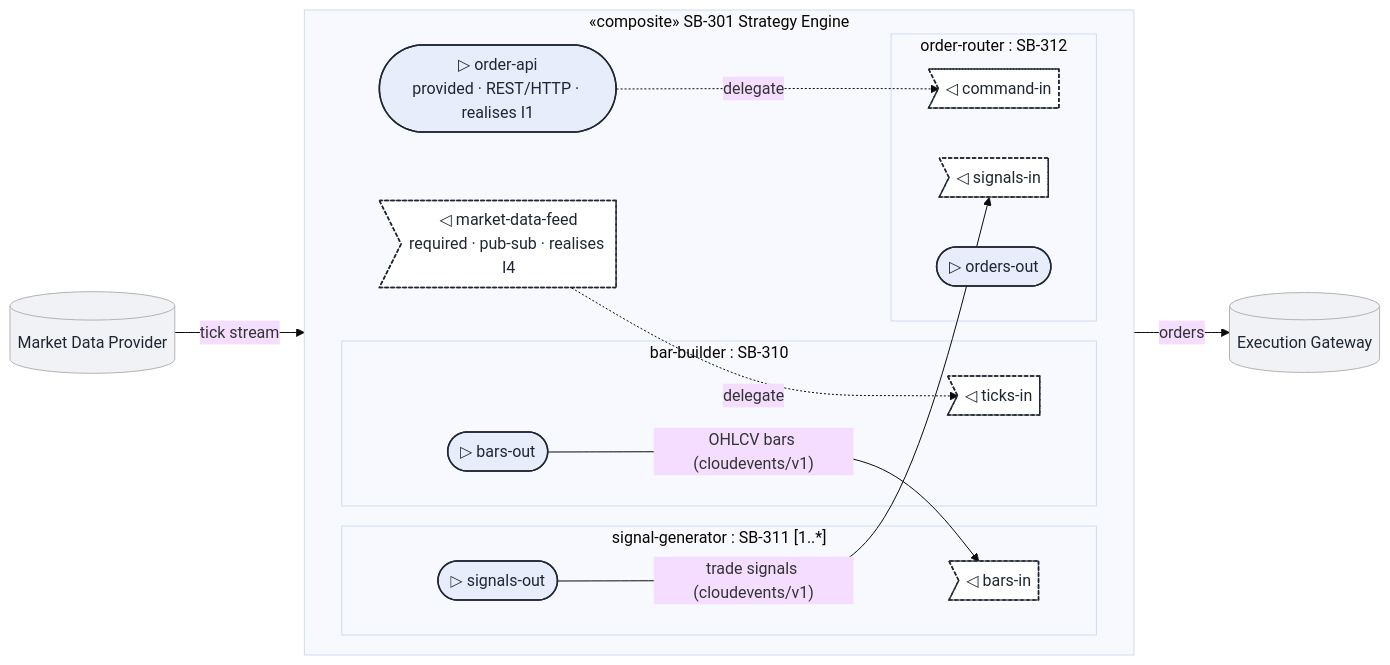
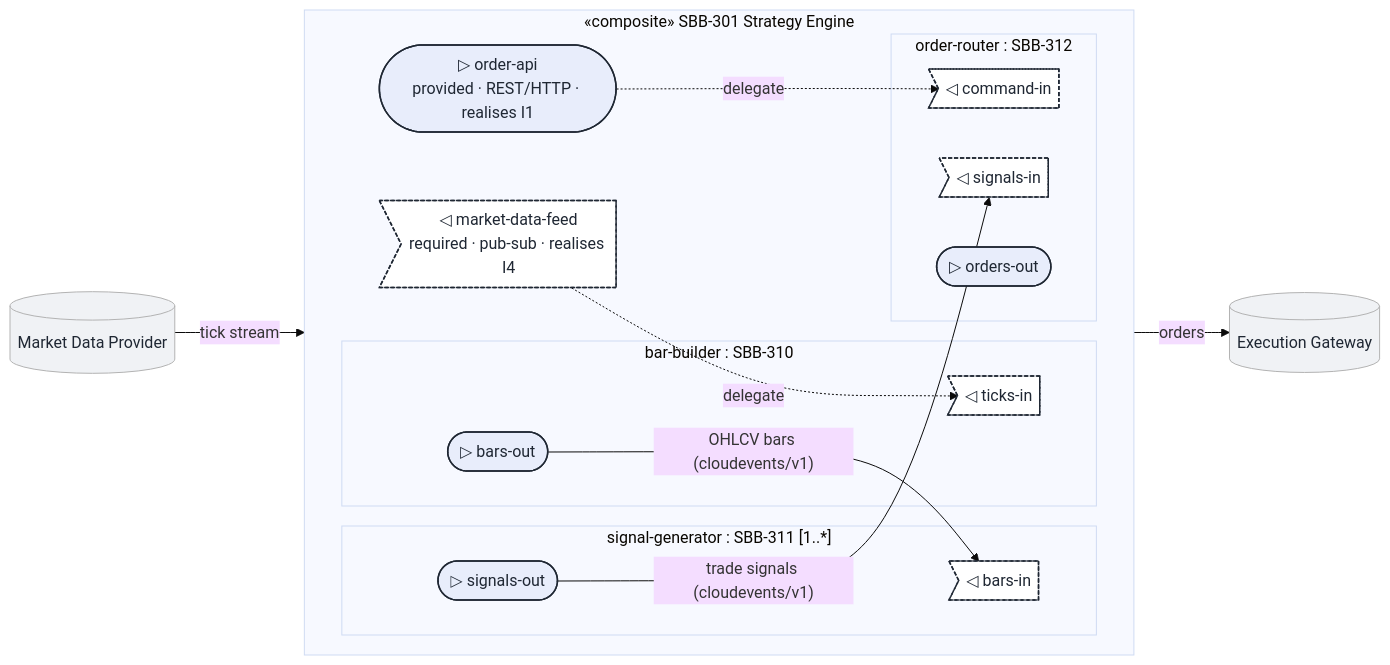
The diagram in standards/building-blocks/solution-building-blocks/example-composite/index.md (dermot-obrien/ai-assisted-architecture), drawn with Mermaid (base theme) before and after one commit. The commit also changed other lines of this file and 15 other files, not shown here.

````diff
--- a/standards/building-blocks/solution-building-blocks/example-composite/index.md
+++ b/standards/building-blocks/solution-building-blocks/example-composite/index.md
@@ -149,37 +149,37 @@
 ```mermaid
 flowchart LR
     md[("Market Data Provider")]:::external
     gw[("Execution Gateway")]:::external
 
-    subgraph SB["«composite» SB-301 Strategy Engine"]
+    subgraph SB["«composite» SBB-301 Strategy Engine"]
         direction LR
         order-api(["▷ order-api<br/>provided · REST/HTTP · realises I1"]):::provided
         market-data-feed>"◁ market-data-feed<br/>required · pub-sub · realises I4"]:::required
 
-        subgraph bar-builder["bar-builder : SB-310"]
+        subgraph bar-builder["bar-builder : SBB-310"]
             bar-builder_ticks-in>"◁ ticks-in"]:::required
             bar-builder_bars-out(["▷ bars-out"]):::provided
         end
-        subgraph signal-generator["signal-generator : SB-311 [1..*]"]
+        subgraph signal-generator["signal-generator : SBB-311 [1..*]"]
             signal-generator_bars-in>"◁ bars-in"]:::required
             signal-generator_signals-out(["▷ signals-out"]):::provided
         end
-        subgraph order-router["order-router : SB-312"]
+        subgraph order-router["order-router : SBB-312"]
             order-router_command-in>"◁ command-in"]:::required
             order-router_signals-in>"◁ signals-in"]:::required
             order-router_orders-out(["▷ orders-out"]):::provided
         end
     end
 
     md -->|tick stream| market-data-feed
     market-data-feed -. delegate .-> bar-builder_ticks-in
     order-api -. delegate .-> order-router_command-in
     bar-builder_bars-out -->|"OHLCV bars (cloudevents/v1)"| signal-generator_bars-in
     signal-generator_signals-out -->|"trade signals (cloudevents/v1)"| order-router_signals-in
     order-router_orders-out -->|orders| gw
 
     classDef provided fill:#E8EDFB,stroke:#1F2733,stroke-width:1.5px,color:#1F2733;
     classDef required fill:#FFFFFF,stroke:#1F2733,stroke-width:1.5px,color:#1F2733,stroke-dasharray:4 2;
     classDef part fill:#FFFFFF,stroke:#999999,color:#1F2733;
     classDef external fill:#F0F2F5,stroke:#B3B3B3,color:#1F2733;
 ```
````
